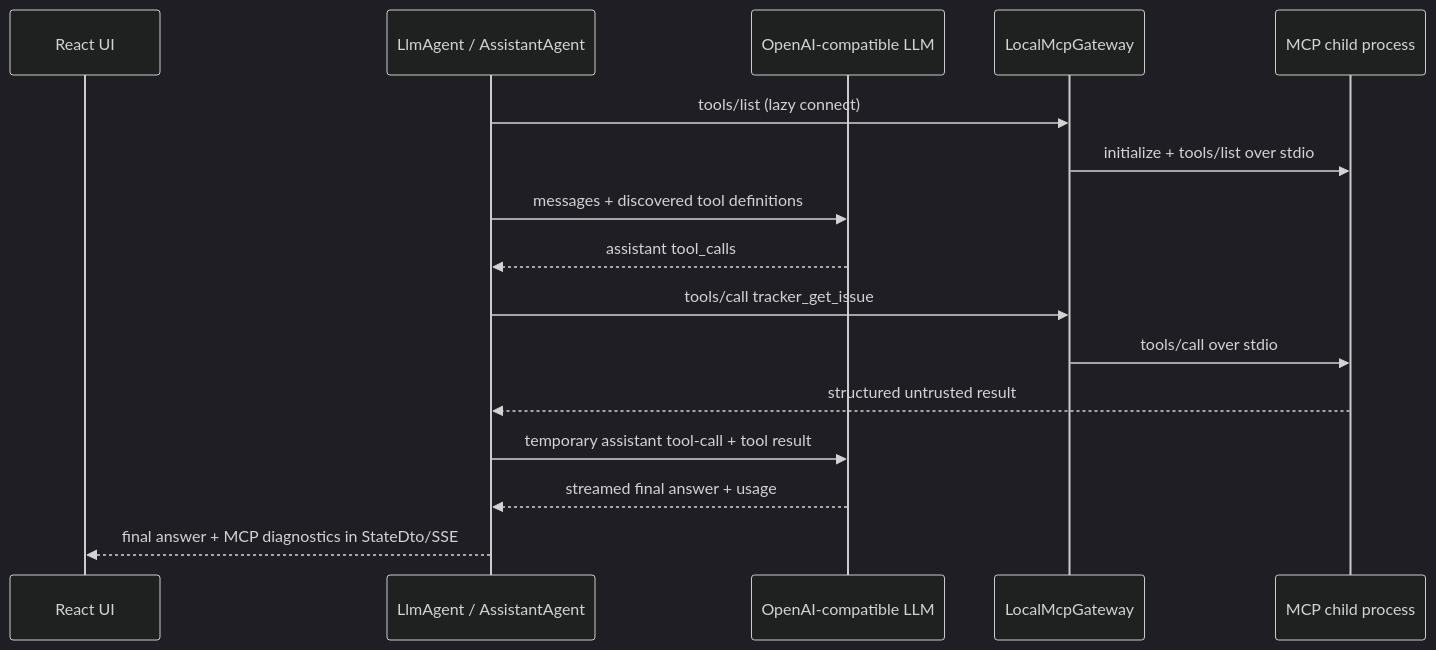
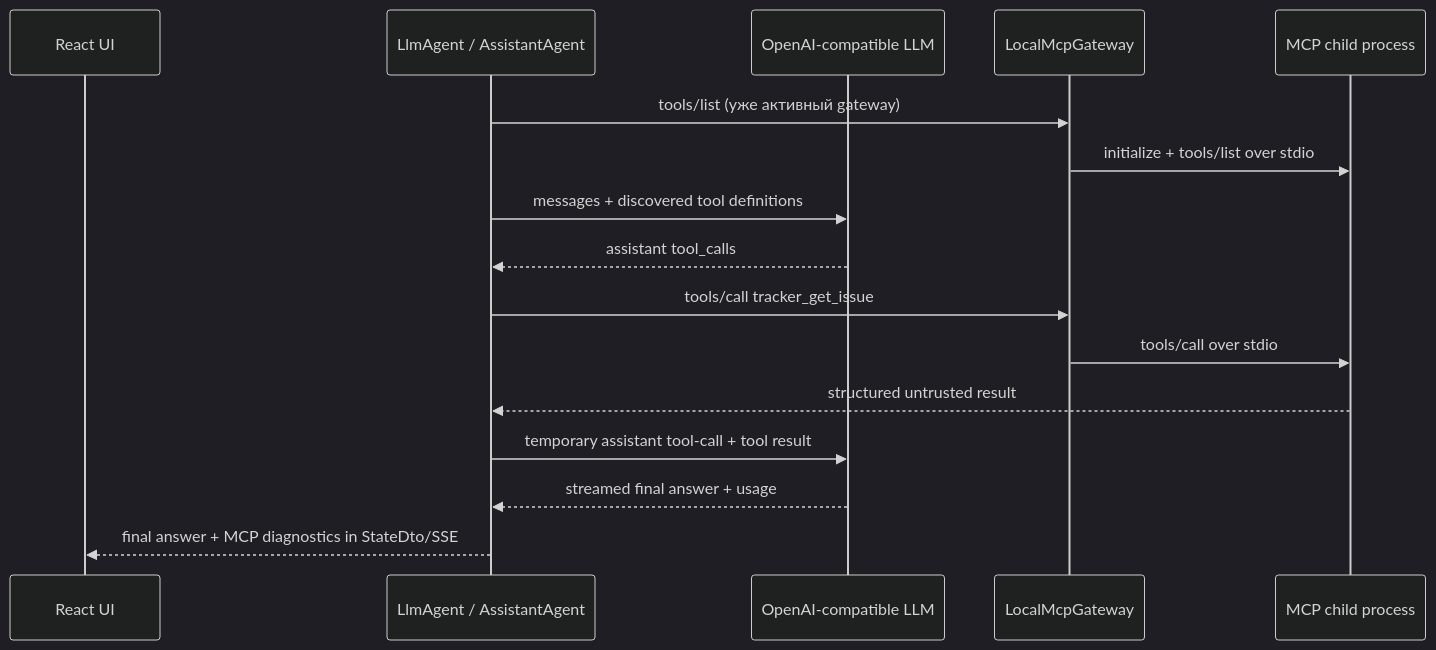
Before and after one commit to StefanSerkhir/AI-Advent-Challenge: the third of 4 diagrams in docs/ARCHITECTURE.md, drawn with Mermaid (dark theme). The commit also changed other lines of this file and 21 other files, not shown here.

````diff
--- a/docs/ARCHITECTURE.md
+++ b/docs/ARCHITECTURE.md
@@ -132,18 +175,18 @@
 ```mermaid
 sequenceDiagram
     participant UI as React UI
     participant A as LlmAgent / AssistantAgent
     participant L as OpenAI-compatible LLM
     participant G as LocalMcpGateway
     participant S as MCP child process
-    A->>G: tools/list (lazy connect)
+    A->>G: tools/list (уже активный gateway)
     G->>S: initialize + tools/list over stdio
     A->>L: messages + discovered tool definitions
     L-->>A: assistant tool_calls
     A->>G: tools/call tracker_get_issue
     G->>S: tools/call over stdio
     S-->>A: structured untrusted result
     A->>L: temporary assistant tool-call + tool result
     L-->>A: streamed final answer + usage
     A-->>UI: final answer + MCP diagnostics in StateDto/SSE
 ```
````
